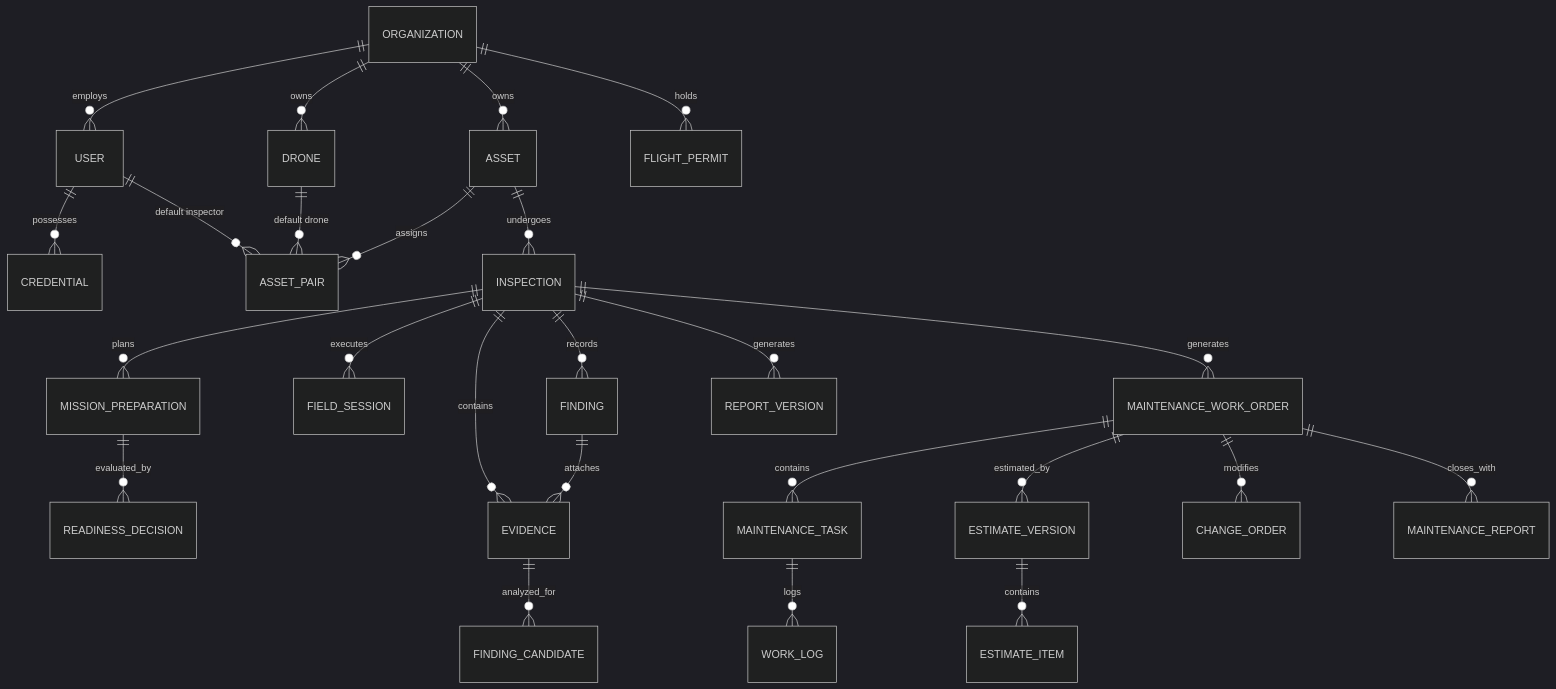
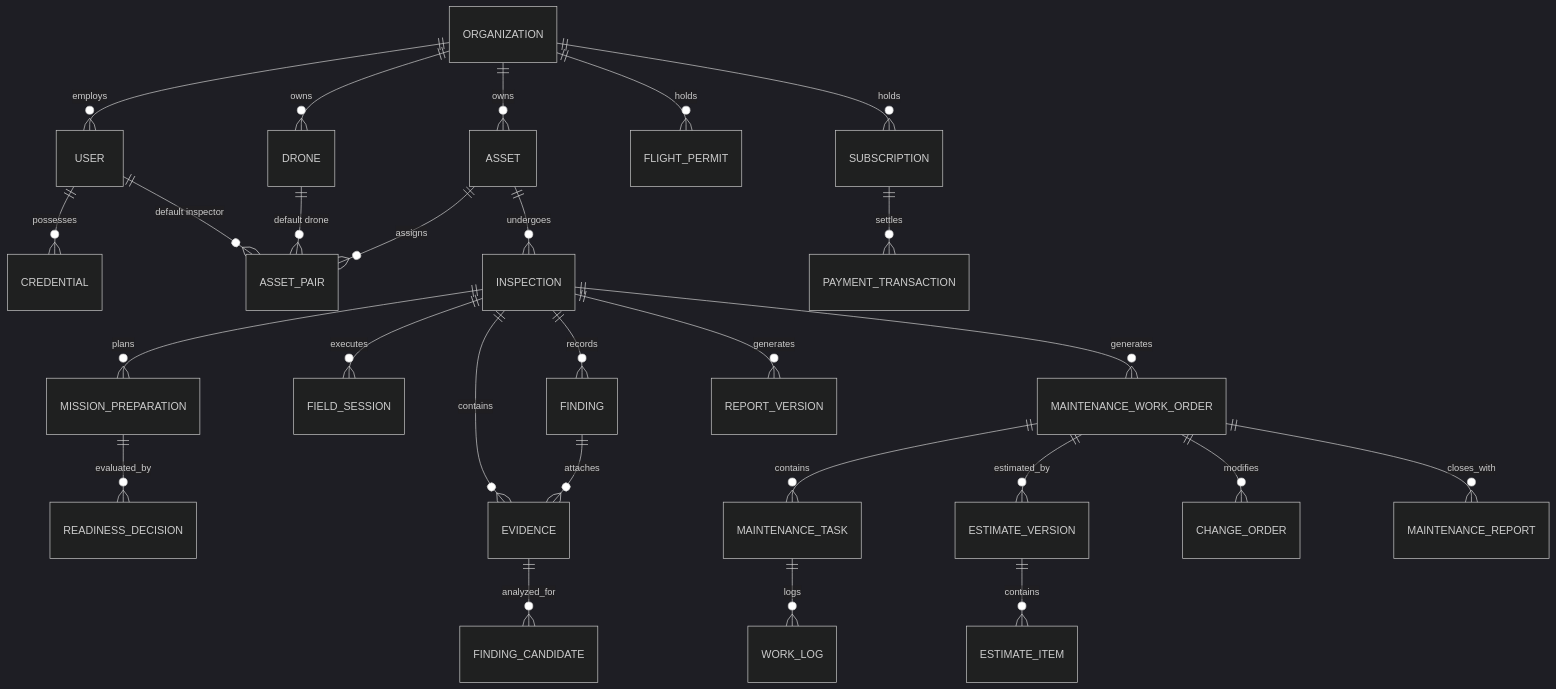
Before and after one commit to tungbach12/SmartDroneInspection-Docs: the diagram in reports/report-4-software-design-document/02-database-design.md, drawn with Mermaid (dark theme). The commit also changed other lines of this file and 8 other files, not shown here.

Commit message:
feat(docs): integrate PayPal online subscription payment into Report 3 and Report 4

````diff
--- a/reports/report-4-software-design-document/02-database-design.md
+++ b/reports/report-4-software-design-document/02-database-design.md
@@ -12,32 +12,34 @@
 ```mermaid
 %% title: Database Entity Relationship Diagram (ERD)
 erDiagram
   ORGANIZATION ||--o{ USER : employs
   ORGANIZATION ||--o{ DRONE : owns
   ORGANIZATION ||--o{ ASSET : owns
   ORGANIZATION ||--o{ FLIGHT_PERMIT : holds
+  ORGANIZATION ||--o{ SUBSCRIPTION : holds
+  SUBSCRIPTION ||--o{ PAYMENT_TRANSACTION : settles
   USER ||--o{ CREDENTIAL : possesses
 
   ASSET ||--o{ ASSET_PAIR : assigns
   USER ||--o{ ASSET_PAIR : "default inspector"
   DRONE ||--o{ ASSET_PAIR : "default drone"
 
   ASSET ||--o{ INSPECTION : undergoes
   INSPECTION ||--o{ MISSION_PREPARATION : plans
   MISSION_PREPARATION ||--o{ READINESS_DECISION : evaluated_by
   INSPECTION ||--o{ FIELD_SESSION : executes
 
   INSPECTION ||--o{ EVIDENCE : contains
   EVIDENCE ||--o{ FINDING_CANDIDATE : analyzed_for
   INSPECTION ||--o{ FINDING : records
   FINDING ||--o{ EVIDENCE : attaches
 
   INSPECTION ||--o{ REPORT_VERSION : generates
   INSPECTION ||--o{ MAINTENANCE_WORK_ORDER : generates
   MAINTENANCE_WORK_ORDER ||--o{ MAINTENANCE_TASK : contains
   MAINTENANCE_WORK_ORDER ||--o{ ESTIMATE_VERSION : estimated_by
   ESTIMATE_VERSION ||--o{ ESTIMATE_ITEM : contains
   MAINTENANCE_WORK_ORDER ||--o{ CHANGE_ORDER : modifies
   MAINTENANCE_TASK ||--o{ WORK_LOG : logs
   MAINTENANCE_WORK_ORDER ||--o{ MAINTENANCE_REPORT : closes_with
 ```
````
